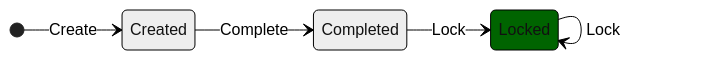
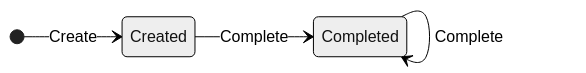
The second of 2 diagrams in .docs/modeling.md (aneoconsulting/ArmoniK.Spec), drawn with Mermaid (neutral theme) before and after one commit. The commit also changed other lines of this file and 3 other files, not shown here.

````diff
--- a/.docs/modeling.md
+++ b/.docs/modeling.md
@@ -92,10 +88,9 @@
 ```mermaid
 stateDiagram-v2
     direction LR
     [*] --> Created : Create
     Created --> Completed : Complete
-    Completed --> Locked : Lock
-    Locked --> Locked : Lock
+    Completed --> Completed : Complete
     classDef locked fill:#006400
     class Locked locked
 ```
````
